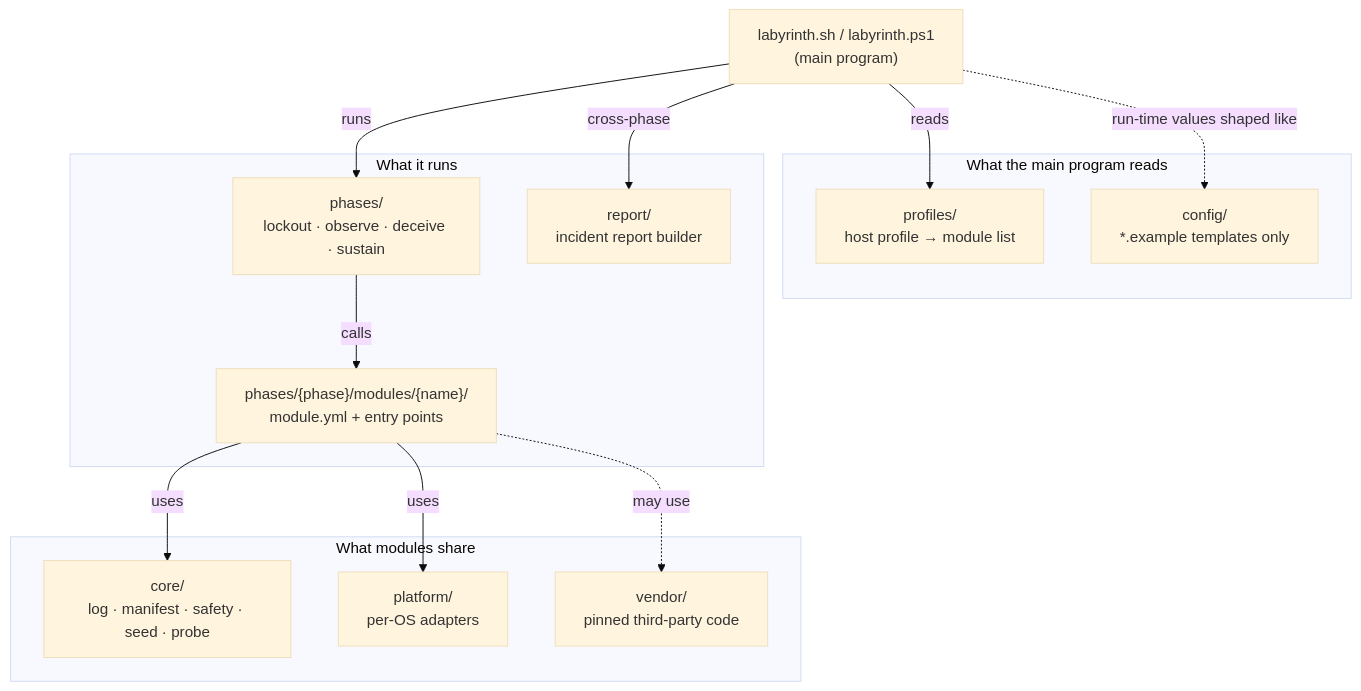
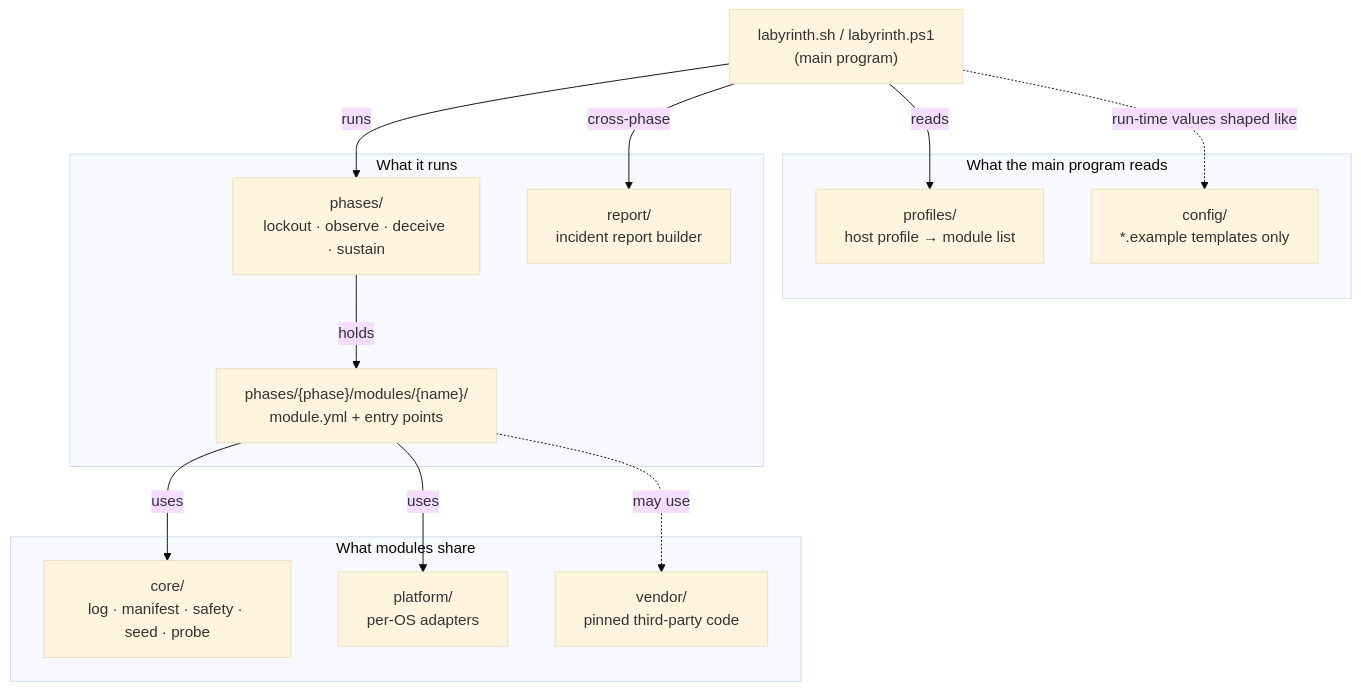
The second of 3 diagrams in docs/design/00-Module-Contract-and-Layout.md (dotnetdork/Labyrinth), drawn with Mermaid (base theme) before and after one commit. The commit also changed other lines of this file and 5 other files, not shown here.

````diff
--- a/docs/design/00-Module-Contract-and-Layout.md
+++ b/docs/design/00-Module-Contract-and-Layout.md
@@ -82,26 +80,26 @@
 ```mermaid
 flowchart TD
     MAIN["labyrinth.sh / labyrinth.ps1<br/>(main program)"]
     subgraph inputs["What the main program reads"]
         PROF["profiles/<br/>host profile → module list"]
         CFG["config/<br/>*.example templates only"]
     end
     subgraph work["What it runs"]
         PH["phases/<br/>lockout · observe · deceive · sustain"]
         MOD["phases/{phase}/modules/{name}/<br/>module.yml + entry points"]
         REP["report/<br/>incident report builder"]
     end
     subgraph shared["What modules share"]
         CORE["core/<br/>log · manifest · safety · seed · probe"]
         PLAT["platform/<br/>per-OS adapters"]
         VEN["vendor/<br/>pinned third-party code"]
     end
     MAIN -->|reads| PROF
     MAIN -->|runs| PH
-    PH -->|calls| MOD
+    PH -->|holds| MOD
     MOD -->|uses| CORE
     MOD -->|uses| PLAT
     MOD -.->|may use| VEN
     MAIN -.->|run-time values shaped like| CFG
     MAIN -->|cross-phase| REP
 ```
````
